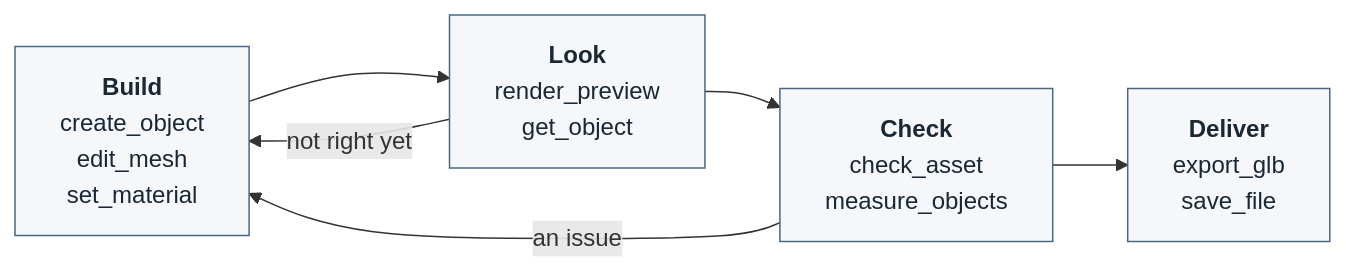
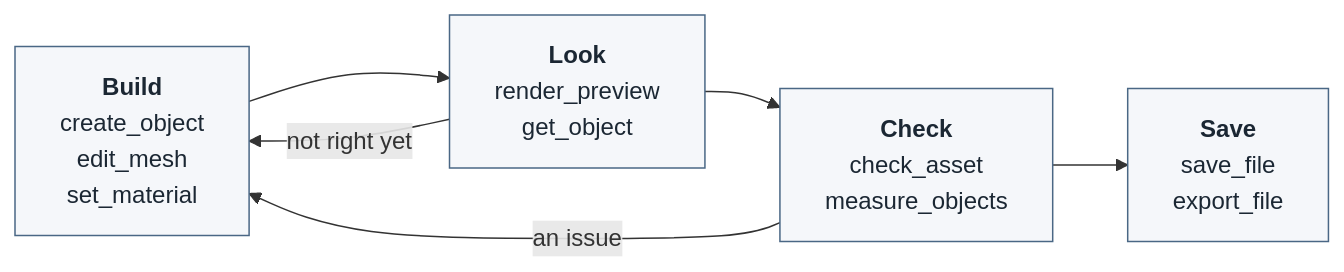
The first of 2 diagrams in README.md (pzalutski-pixel/blenderlens-mcp), drawn with Mermaid before and after one commit. The commit also changed other lines of this file and 4 other files, not shown here.

````diff
--- a/README.md
+++ b/README.md
@@ -98,14 +118,14 @@
 ```mermaid
 flowchart LR
     B["<b>Build</b><br/>create_object<br/>edit_mesh<br/>set_material"]
     L["<b>Look</b><br/>render_preview<br/>get_object"]
     C["<b>Check</b><br/>check_asset<br/>measure_objects"]
-    D["<b>Deliver</b><br/>export_glb<br/>save_file"]
+    D["<b>Save</b><br/>save_file<br/>export_file"]
 
     B --> L --> C --> D
     L -- "not right yet" --> B
     C -- "an issue" --> B
 
     classDef step fill:#f5f7fa,stroke:#4a6785,stroke-width:1px,color:#1b2733;
     class B,L,C,D step;
 ```
````
